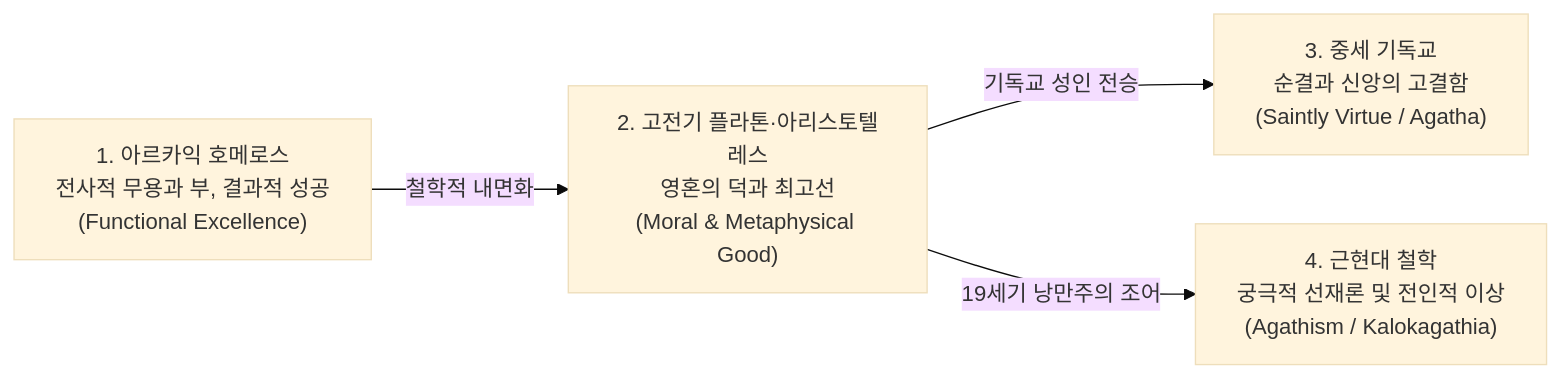
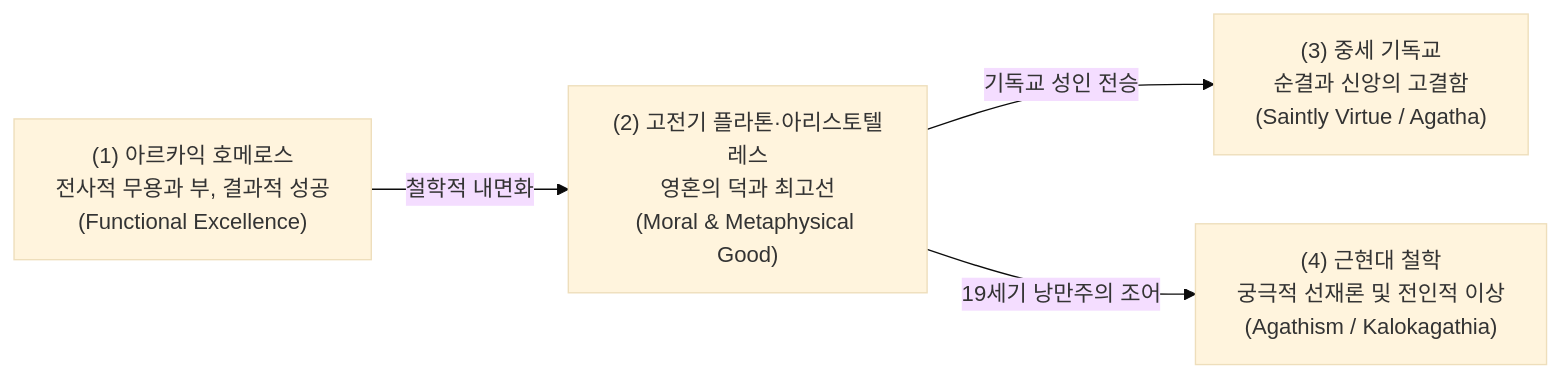
Before and after one commit to YgHnSIM/Homer_wiki: the second of 2 diagrams in words/word-agathos.md, drawn with Mermaid (base theme). The commit also changed other lines of this file and 15 other files, not shown here.

````diff
--- a/words/word-agathos.md
+++ b/words/word-agathos.md
@@ -112,6 +113,6 @@
 ```mermaid
 graph LR
-    M1["1. 아르카익 호메로스<br/>전사적 무용과 부, 결과적 성공<br/>(Functional Excellence)"] -->|철학적 내면화| M2["2. 고전기 플라톤·아리스토텔레스<br/>영혼의 덕과 최고선<br/>(Moral & Metaphysical Good)"]
-    M2 -->|기독교 성인 전승| M3["3. 중세 기독교<br/>순결과 신앙의 고결함<br/>(Saintly Virtue / Agatha)"]
-    M2 -->|19세기 낭만주의 조어| M4["4. 근현대 철학<br/>궁극적 선재론 및 전인적 이상<br/>(Agathism / Kalokagathia)"]
+    M1["(1) 아르카익 호메로스<br/>전사적 무용과 부, 결과적 성공<br/>(Functional Excellence)"] -->|철학적 내면화| M2["(2) 고전기 플라톤·아리스토텔레스<br/>영혼의 덕과 최고선<br/>(Moral & Metaphysical Good)"]
+    M2 -->|기독교 성인 전승| M3["(3) 중세 기독교<br/>순결과 신앙의 고결함<br/>(Saintly Virtue / Agatha)"]
+    M2 -->|19세기 낭만주의 조어| M4["(4) 근현대 철학<br/>궁극적 선재론 및 전인적 이상<br/>(Agathism / Kalokagathia)"]
 ```
````
